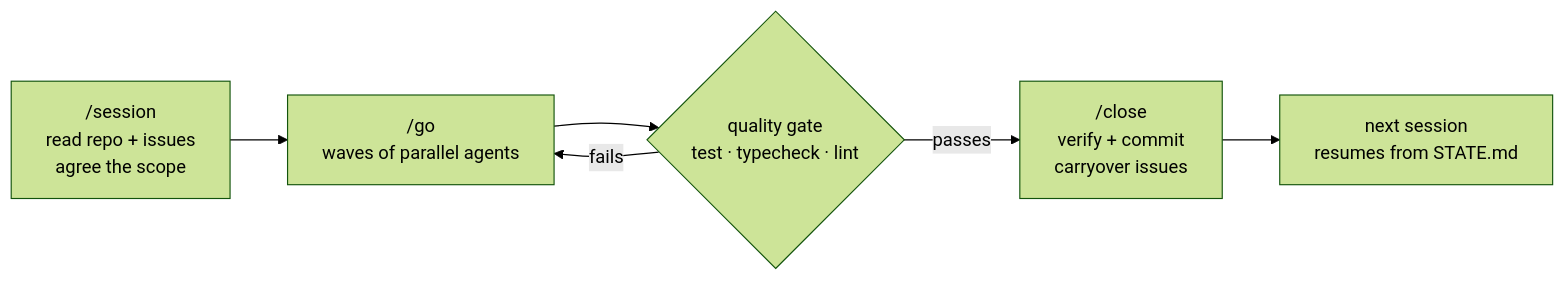
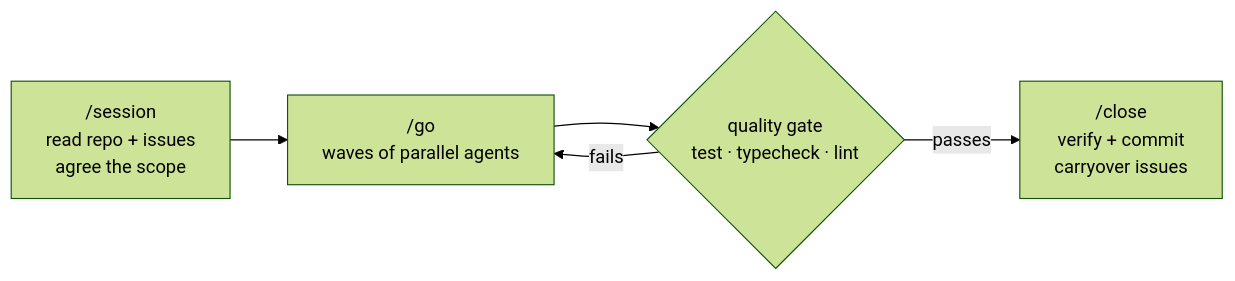
Before and after one commit to Kanevry/session-orchestrator: the diagram in README.md, drawn with Mermaid (forest theme).

Commit message:
docs(readme): shorten the flow diagram so GitHub's zoom controls do not clip it
Measured on the live page after the previous commit: GitHub anchors its
mermaid pan/zoom control cluster to the container's top-right, which covered
the fifth node ("next session resumes from STATE.md"). Four nodes fit clear
of it.

No fact is lost from the README — that the next session resumes from the last
completed wave is stated in the "A crash does not lose the session" bullet.

````diff
--- a/README.md
+++ b/README.md
@@ -19,8 +19,7 @@
 ```mermaid
 flowchart LR
     S["/session<br>read repo + issues<br>agree the scope"] --> G["/go<br>waves of parallel agents"]
     G --> Q{"quality gate<br>test · typecheck · lint"}
     Q -- "fails" --> G
     Q -- "passes" --> C["/close<br>verify + commit<br>carryover issues"]
-    C --> N["next session<br>resumes from STATE.md"]
 ```
````
